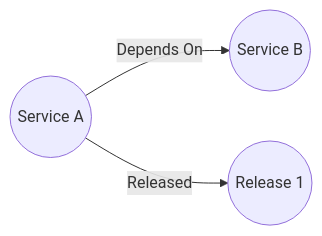
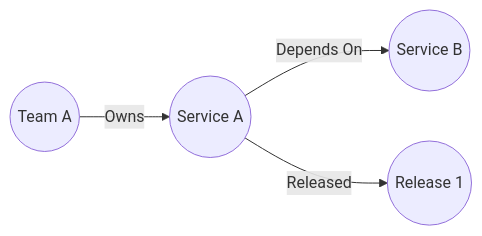
One commit to jlpdeveloper/service-dependency-api changed the diagram in README.md. Above: the diagram before and after it, drawn with Mermaid. The commit also changed other lines of this file and 1 other file, not shown here.

````diff
--- a/README.md
+++ b/README.md
@@ -35,6 +35,7 @@
 ```mermaid
 flowchart LR
     id1((Service A)) -- Depends On --> id2((Service B))
     id1 -- Released --> r1((Release 1))
+    t1((Team A)) -- Owns --> id1
 
 ```
````
